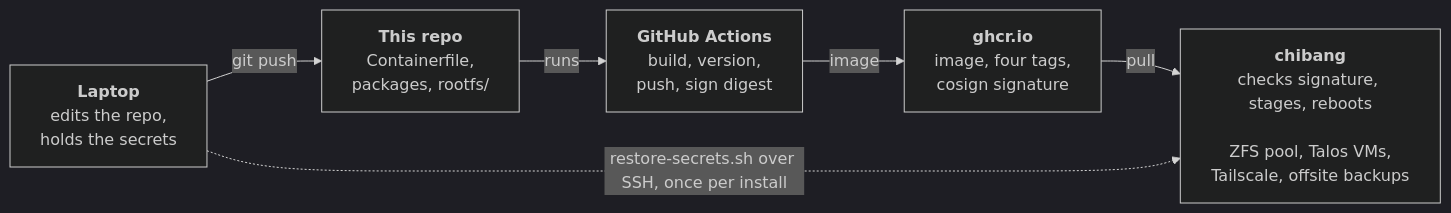
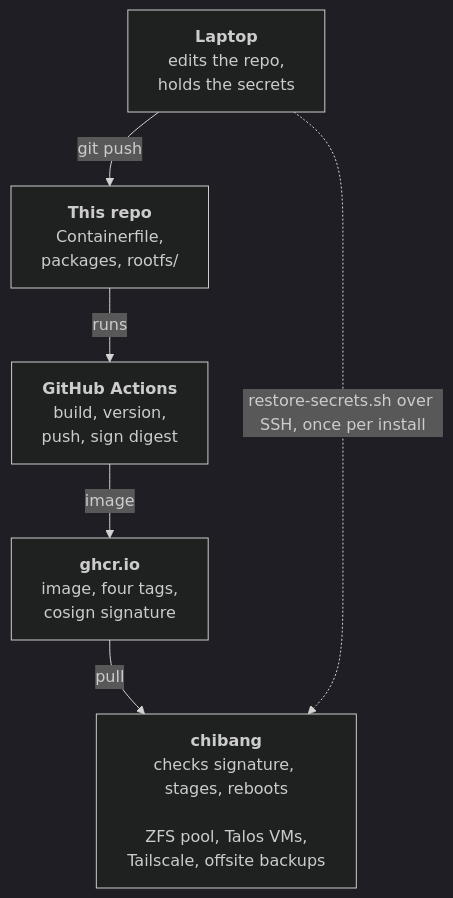
One commit to edy-rus/chibang changed the diagram in README.md. Above: the diagram before and after it, drawn with Mermaid (dark theme).

Commit message:
made flowchart vertical

````diff
--- a/README.md
+++ b/README.md
@@ -11,14 +11,14 @@
 ```mermaid
-flowchart LR
+flowchart TB
     laptop["<b>Laptop</b><br/>edits the repo,<br/>holds the secrets"]
     repo["<b>This repo</b><br/>Containerfile,<br/>packages, rootfs/"]
     ci["<b>GitHub Actions</b><br/>build, version,<br/>push, sign digest"]
     reg["<b>ghcr.io</b><br/>image, four tags,<br/>cosign signature"]
     host["<b>chibang</b><br/>checks signature, stages, reboots<br/><br/>ZFS pool, Talos VMs,<br/>Tailscale, offsite backups"]
 
     laptop -- git push --> repo
     repo -- runs --> ci
     ci -- image --> reg
     reg -- pull --> host
     laptop -. "restore-secrets.sh over SSH, once per install" .-> host
 ```
````
